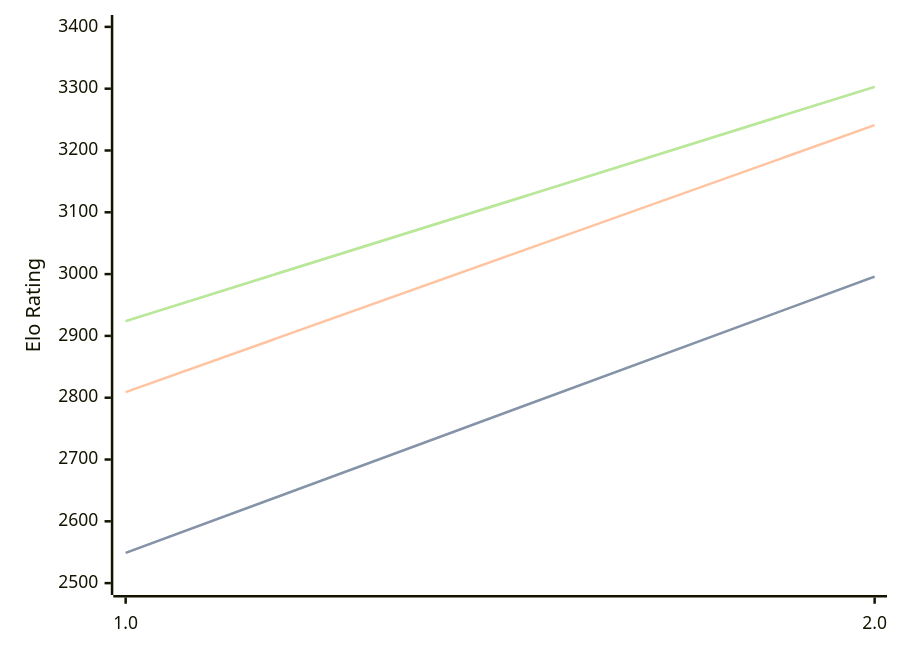
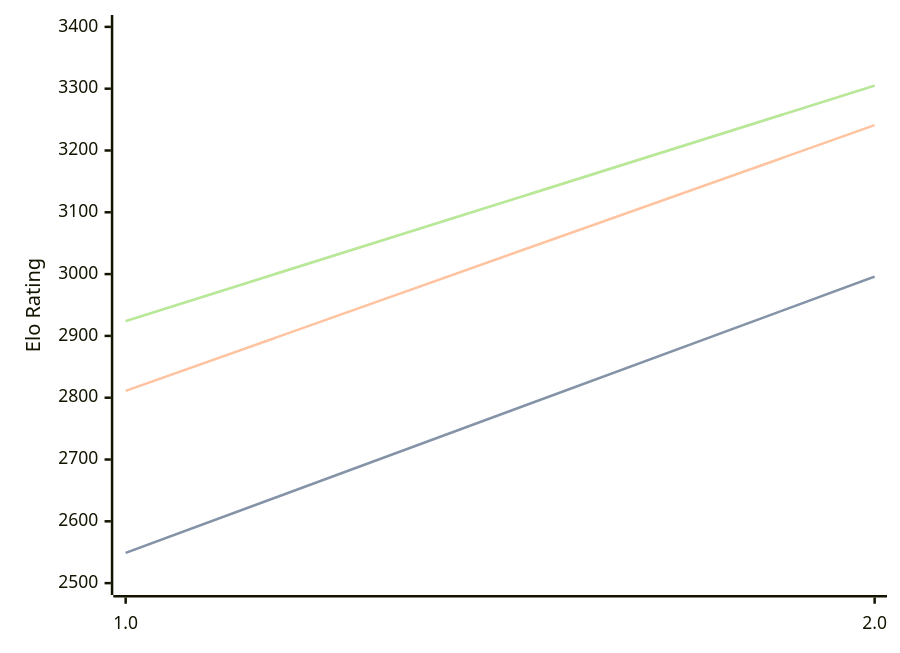
Before and after one commit to computer-chess-index/cci: the diagram in engines/Onslaught.md, drawn with Mermaid. The commit also changed other lines of this file, not shown here.

Commit message:
Update CCI Ratings (ELO VLTC) - 2026-10-02

````diff
--- a/engines/Onslaught.md
+++ b/engines/Onslaught.md
@@ -32,11 +32,11 @@
 ```mermaid
 %%{init: {"theme":"base","themeVariables":{"seriesColors:['#a3a3a3','#222221','#faa371']}}}%%
 xychart-beta
   x-axis ["1.0", "2.0"]
   y-axis "Elo Rating" 2500 --> 3400
   line "" [2549, 2996]
   line "STC (8.0+0.08s)" [2549, 2996]
-  line "LTC (60.0+0.60s)" [2809, 3241]
-  line "" [2924, 3303]
-  line "VLTC (2m24s+1.12s)" [2924, 3303]
+  line "LTC (60.0+0.60s)" [2811, 3241]
+  line "" [2924, 3305]
+  line "VLTC (2m24s+1.12s)" [2924, 3305]
 ```
````
